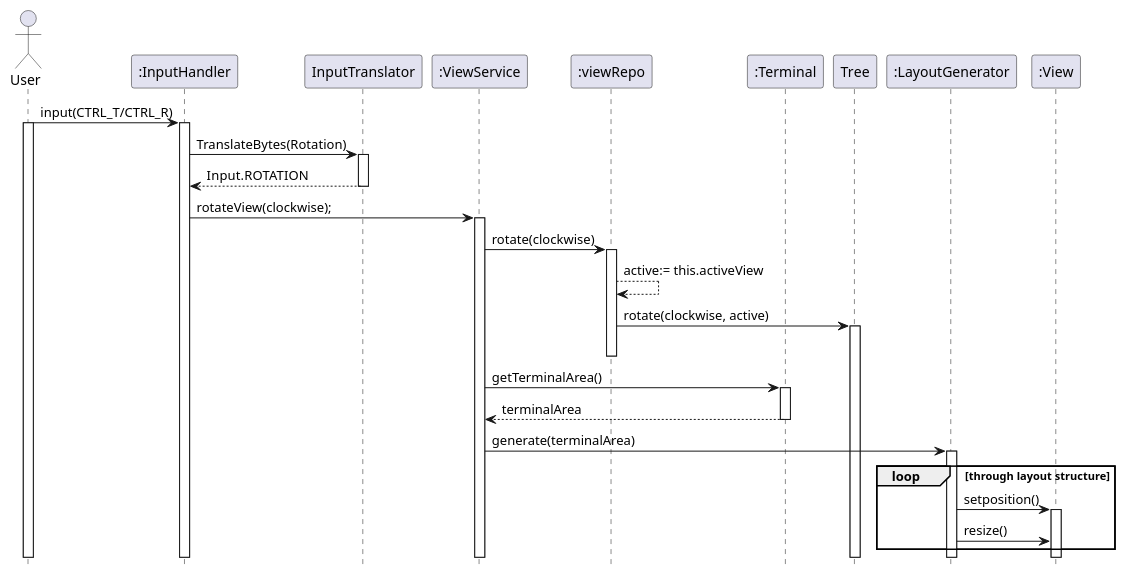
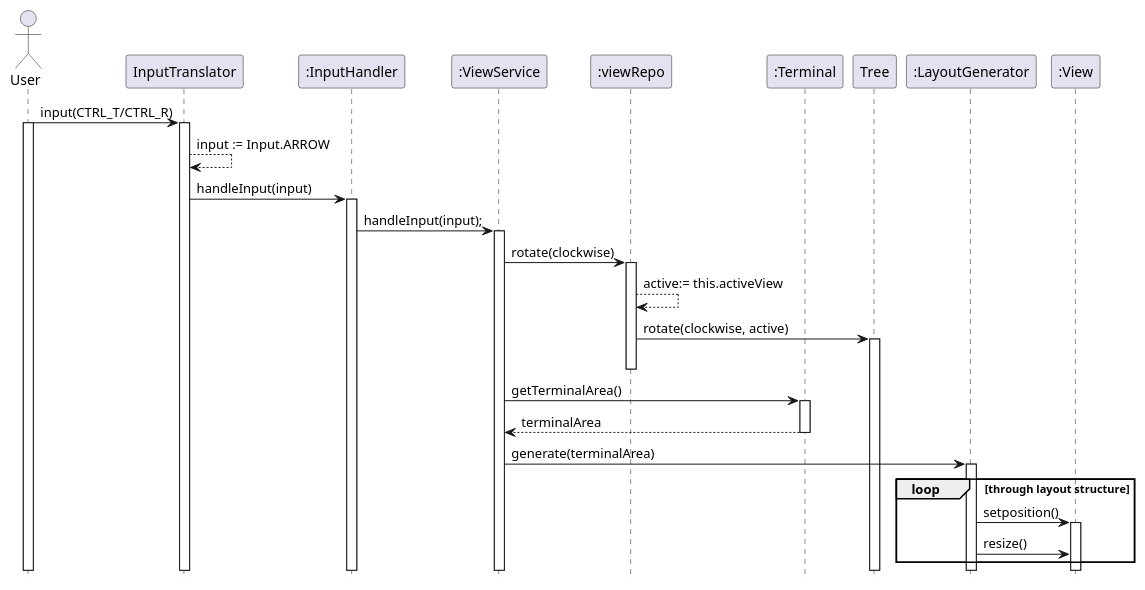
The diagram in resources/diagrams/use-case6seq.puml (lennertnijs/TextrSolo), drawn with PlantUML before and after one commit. The commit also changed 1 other file, not shown here.

Commit message:
diagrams

```diff
--- a/resources/diagrams/use-case6seq.puml
+++ b/resources/diagrams/use-case6seq.puml
@@ -1,41 +1,39 @@
 @startuml
 'https://plantuml.com/sequence-diagram
 hide footbox
 actor User as u
+participant "InputTranslator" as it
 participant ":InputHandler" as ih
-participant "InputTranslator" as it
 participant ":ViewService" as vs
 participant ":viewRepo" as vr
 participant ":Terminal" as tr
 participant "Tree" as t
 participant ":LayoutGenerator" as lg
 participant ":View" as v
-u -> ih: input(CTRL_T/CTRL_R)
+u -> it: input(CTRL_T/CTRL_R)
 activate u
+activate it
+it --> it: input := Input.ARROW
+it-> ih : handleInput(input)
 activate ih
-ih -> it: TranslateBytes(Rotation)
-activate it
-it --> ih: Input.ROTATION
-deactivate it
-ih -> vs: rotateView(clockwise);
-
+ih -> vs: handleInput(input);
 activate vs
 vs -> vr: rotate(clockwise)
 activate vr
 vr --> vr: active:= this.activeView
 vr -> t : rotate(clockwise, active)
 activate t
 deactivate vr
 vs -> tr: getTerminalArea()
 activate tr
 tr --> vs: terminalArea
 deactivate tr
 vs -> lg: generate(terminalArea)
 loop through layout structure
     activate lg
     lg -> v: setposition()
     activate v
     lg -> v: resize()
 end
 
 @enduml
```
